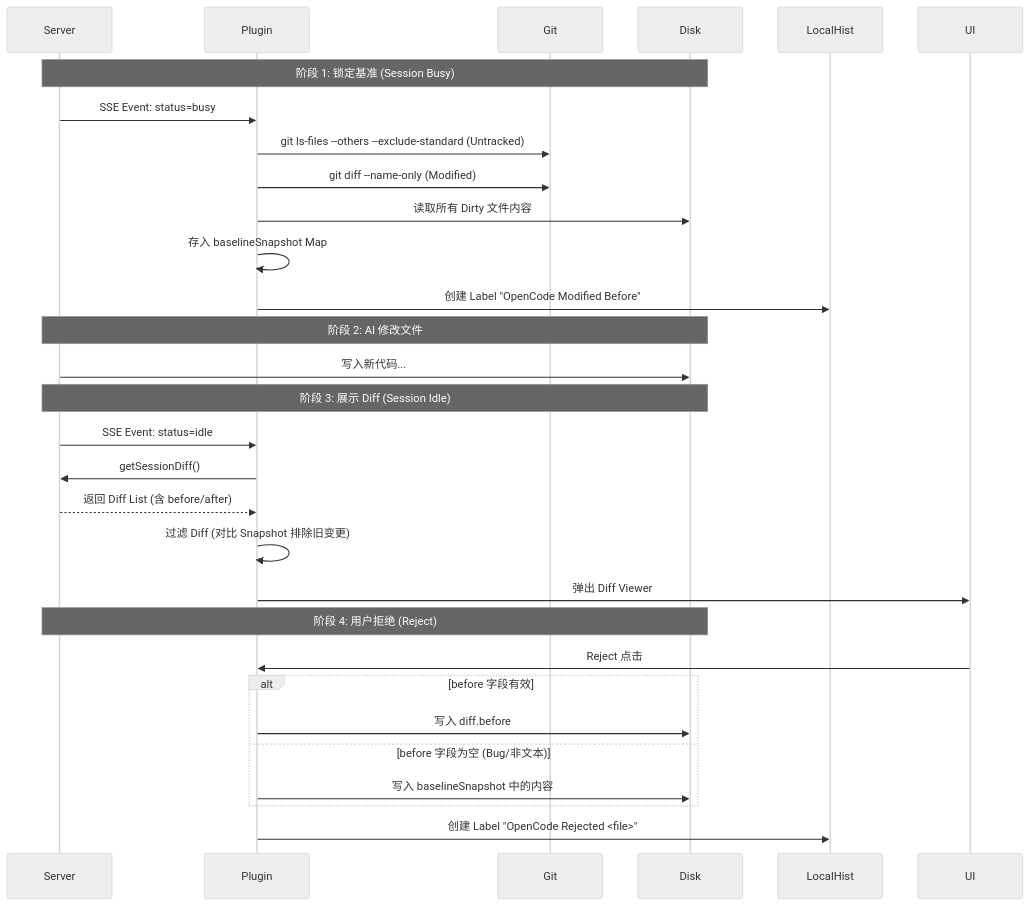
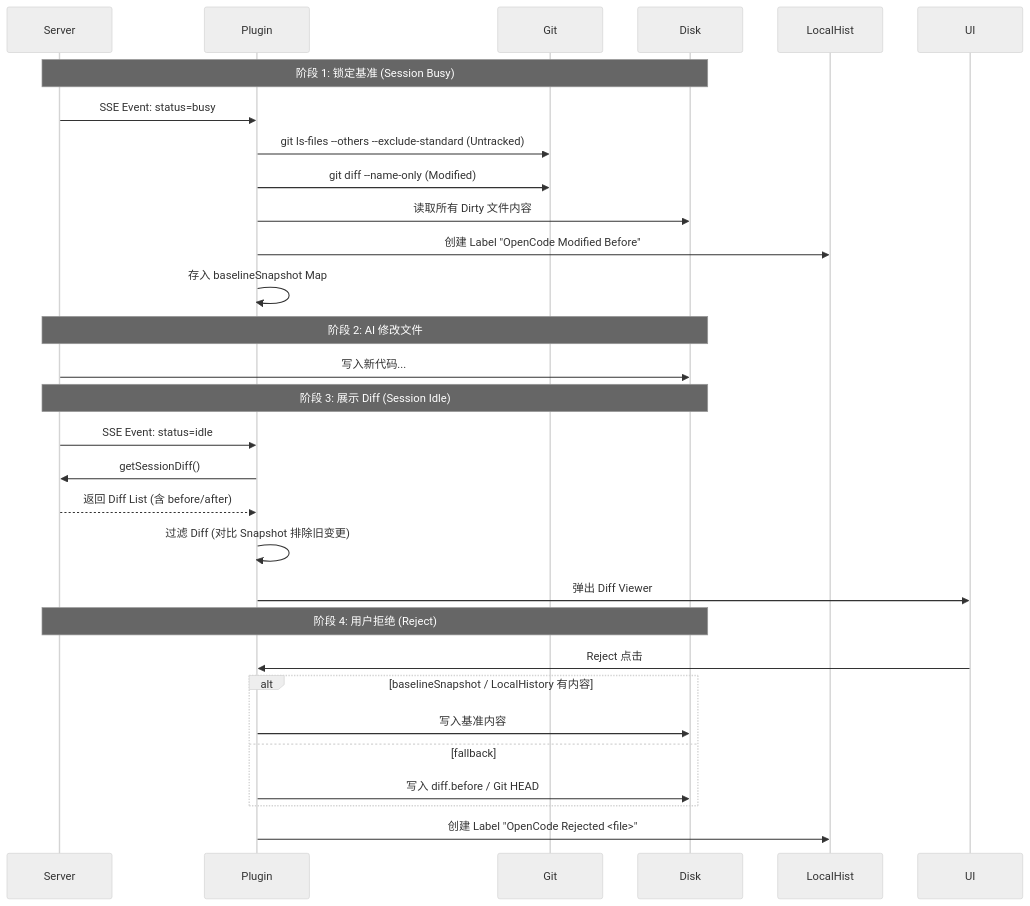
One commit to LaiZhou/OpenCode_UI changed the second of 2 diagrams in designDocs/diff_feature_plan.md. Above: the diagram before and after it, drawn with Mermaid (neutral theme). The commit also changed other lines of this file and 13 other files, not shown here.

````diff
--- a/designDocs/diff_feature_plan.md
+++ b/designDocs/diff_feature_plan.md
@@ -104,34 +106,36 @@
 ```mermaid
 sequenceDiagram
     participant Server
     participant Plugin
     participant Git
     participant Disk
 
     Note over Server, Disk: 阶段 1: 锁定基准 (Session Busy)
     Server->>Plugin: SSE Event: status=busy
     Plugin->>Git: git ls-files --others --exclude-standard (Untracked)
     Plugin->>Git: git diff --name-only (Modified)
     Plugin->>Disk: 读取所有 Dirty 文件内容
-    Plugin->>Plugin: 存入 baselineSnapshot Map
-    Plugin->>LocalHist: 创建 Label "OpenCode Modified Before"
+Plugin->>LocalHist: 创建 Label "OpenCode Modified Before"
+Plugin->>Plugin: 存入 baselineSnapshot Map
+
 
     Note over Server, Disk: 阶段 2: AI 修改文件
     Server->>Disk: 写入新代码...
     
     Note over Server, Disk: 阶段 3: 展示 Diff (Session Idle)
     Server->>Plugin: SSE Event: status=idle
     Plugin->>Server: getSessionDiff()
     Server-->>Plugin: 返回 Diff List (含 before/after)
     Plugin->>Plugin: 过滤 Diff (对比 Snapshot 排除旧变更)
     Plugin->>UI: 弹出 Diff Viewer
 
-    Note over Server, Disk: 阶段 4: 用户拒绝 (Reject)
-    UI->>Plugin: Reject 点击
-    alt before 字段有效
-        Plugin->>Disk: 写入 diff.before
-    else before 字段为空 (Bug/非文本)
-        Plugin->>Disk: 写入 baselineSnapshot 中的内容
-    end
-    Plugin->>LocalHist: 创建 Label "OpenCode Rejected <file>"
+Note over Server, Disk: 阶段 4: 用户拒绝 (Reject)
+UI->>Plugin: Reject 点击
+alt baselineSnapshot / LocalHistory 有内容
+    Plugin->>Disk: 写入基准内容
+else fallback
+    Plugin->>Disk: 写入 diff.before / Git HEAD
+end
+Plugin->>LocalHist: 创建 Label "OpenCode Rejected <file>"
+
 ```
````
